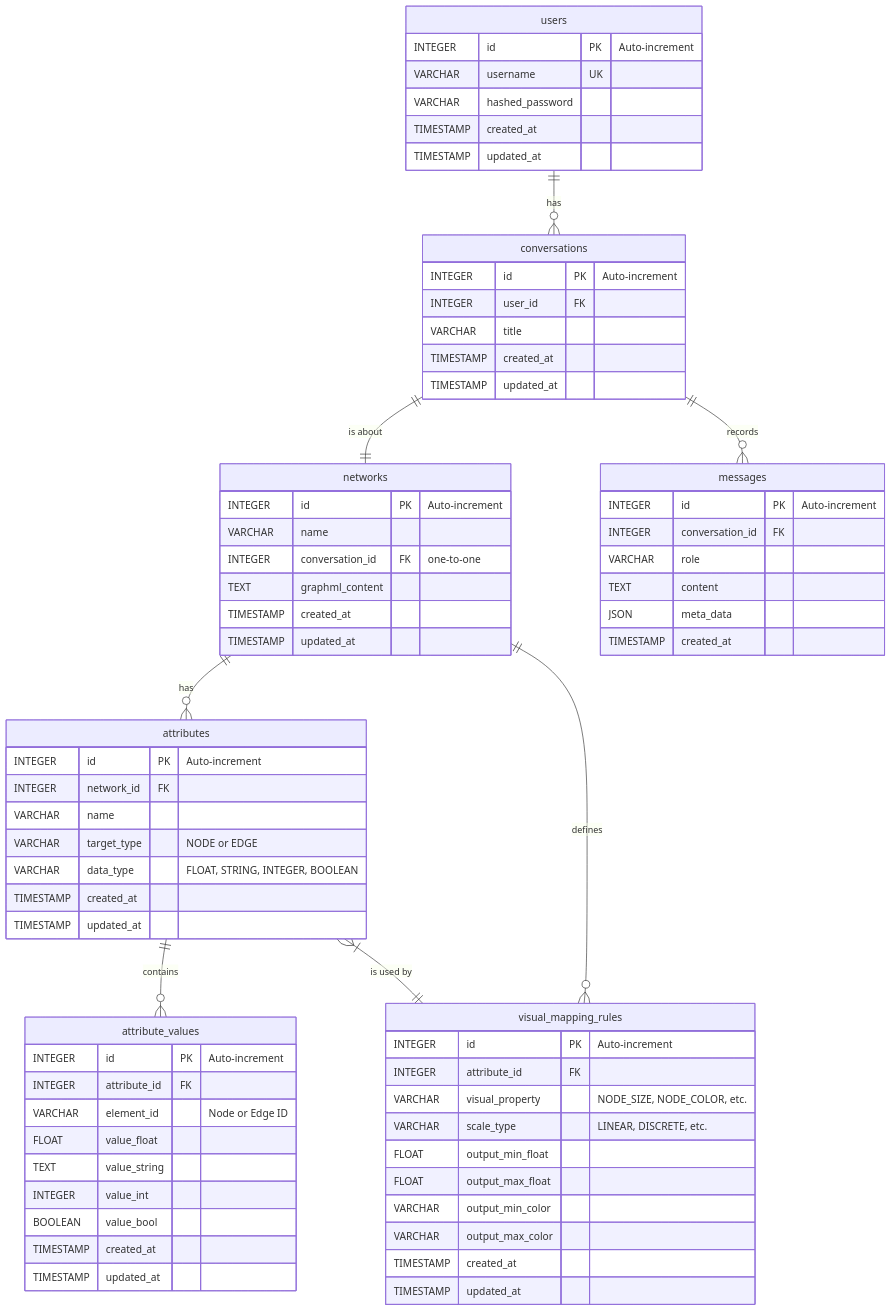
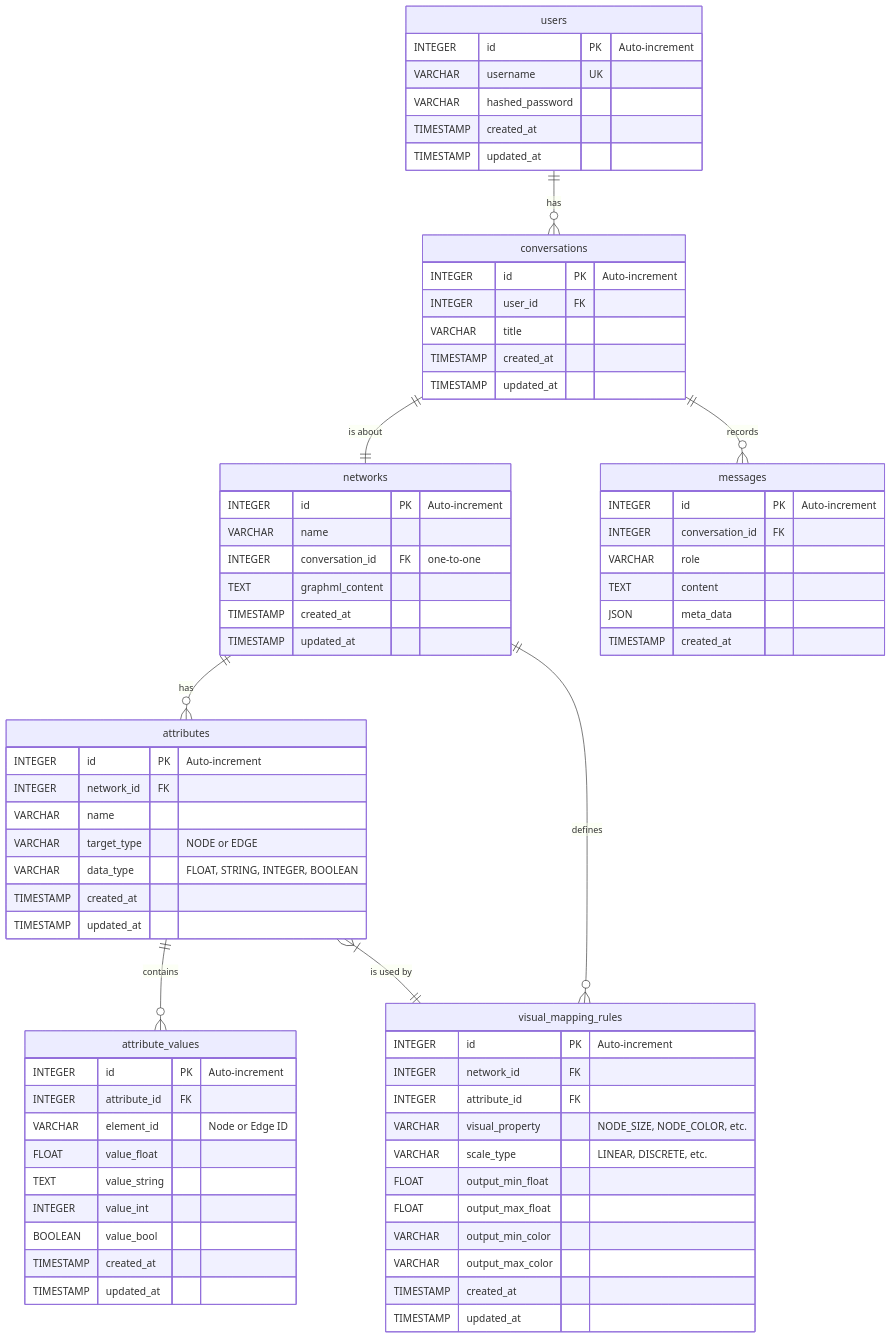
One commit to vdslab/LLMGraphvis changed the diagram in specification/2_Technical_Details/4_Database.md. Above: the diagram before and after it, drawn with Mermaid. The commit also changed other lines of this file and 5 other files, not shown here.

First line of the commit message:
Docs: Enhance visual elements and clarify architecture details

````diff
--- a/specification/2_Technical_Details/4_Database.md
+++ b/specification/2_Technical_Details/4_Database.md
@@ -27,79 +27,80 @@
 ```mermaid
 erDiagram
     users ||--o{ conversations : "has"
     conversations ||--|| networks : "is about"
     conversations ||--o{ messages : "records"
     networks ||--o{ attributes : "has"
     attributes ||--o{ attribute_values : "contains"
     networks ||--o{ visual_mapping_rules : "defines"
     attributes }|--|| visual_mapping_rules : "is used by"
 
     users {
         INTEGER id PK "Auto-increment"
         VARCHAR username UK
         VARCHAR hashed_password
         TIMESTAMP created_at
         TIMESTAMP updated_at
     }
 
     conversations {
         INTEGER id PK "Auto-increment"
         INTEGER user_id FK
         VARCHAR title
         TIMESTAMP created_at
         TIMESTAMP updated_at
     }
 
     networks {
         INTEGER id PK "Auto-increment"
         VARCHAR name
         INTEGER conversation_id FK "one-to-one"
         TEXT graphml_content
         TIMESTAMP created_at
         TIMESTAMP updated_at
     }
 
     messages {
         INTEGER id PK "Auto-increment"
         INTEGER conversation_id FK
         VARCHAR role
         TEXT content
         JSON meta_data
         TIMESTAMP created_at
     }
 
     attributes {
         INTEGER id PK "Auto-increment"
         INTEGER network_id FK
         VARCHAR name
         VARCHAR target_type "NODE or EDGE"
         VARCHAR data_type "FLOAT, STRING, INTEGER, BOOLEAN"
         TIMESTAMP created_at
         TIMESTAMP updated_at
     }
 
     attribute_values {
         INTEGER id PK "Auto-increment"
         INTEGER attribute_id FK
         VARCHAR element_id "Node or Edge ID"
         FLOAT value_float
         TEXT value_string
         INTEGER value_int
         BOOLEAN value_bool
         TIMESTAMP created_at
         TIMESTAMP updated_at
     }
 
     visual_mapping_rules {
         INTEGER id PK "Auto-increment"
+        INTEGER network_id FK
         INTEGER attribute_id FK
         VARCHAR visual_property "NODE_SIZE, NODE_COLOR, etc."
         VARCHAR scale_type "LINEAR, DISCRETE, etc."
         FLOAT output_min_float
         FLOAT output_max_float
         VARCHAR output_min_color
         VARCHAR output_max_color
         TIMESTAMP created_at
         TIMESTAMP updated_at
     }
 ```
````
